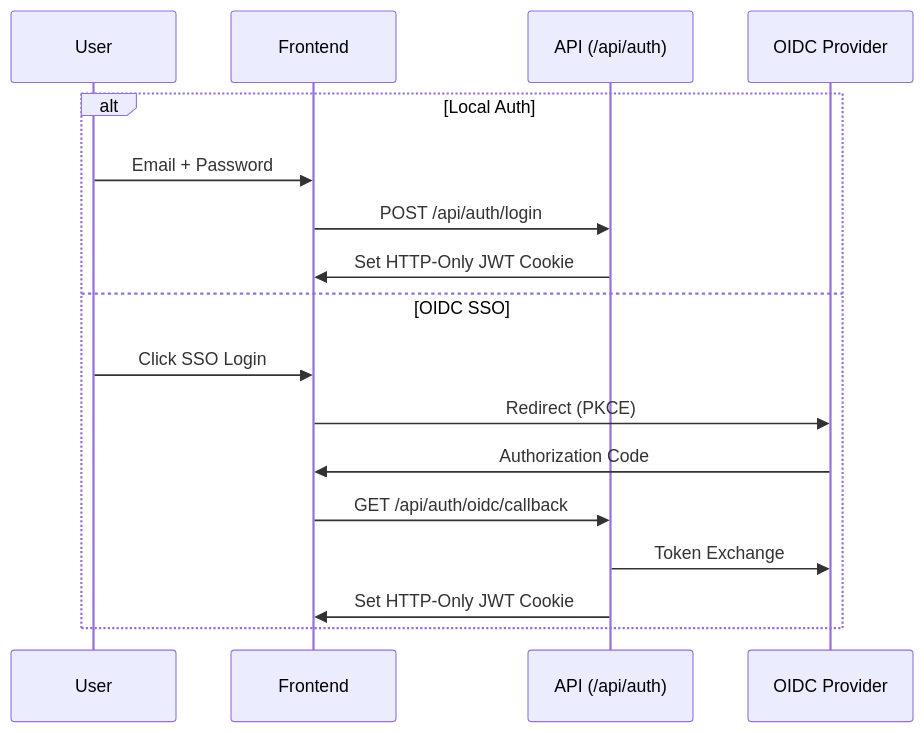
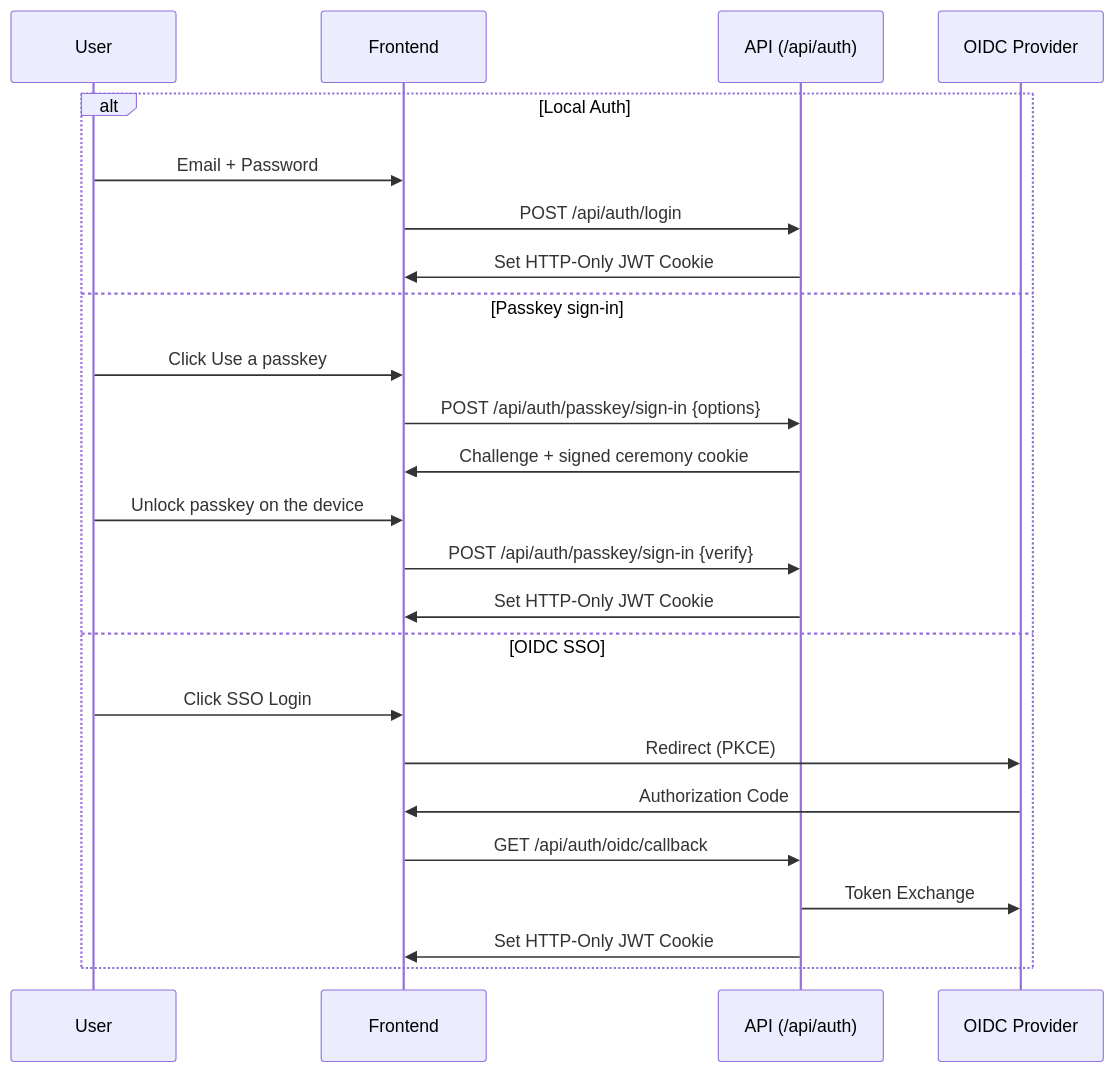
One commit to Aditya-XR/libredb-studio changed the third of 3 diagrams in docs/ARCHITECTURE.md. Above: the diagram before and after it, drawn with Mermaid. The commit also changed other lines of this file and 145 other files, not shown here.

First line of the commit message:
LibreDB Studio sign in with a passkey support (#1195)

````diff
--- a/docs/ARCHITECTURE.md
+++ b/docs/ARCHITECTURE.md
@@ -160,20 +160,27 @@
 ```mermaid
 sequenceDiagram
     participant U as User
     participant F as Frontend
     participant A as API (/api/auth)
     participant O as OIDC Provider
 
     alt Local Auth
         U->>F: Email + Password
         F->>A: POST /api/auth/login
         A->>F: Set HTTP-Only JWT Cookie
+    else Passkey sign-in
+        U->>F: Click Use a passkey
+        F->>A: POST /api/auth/passkey/sign-in {options}
+        A->>F: Challenge + signed ceremony cookie
+        U->>F: Unlock passkey on the device
+        F->>A: POST /api/auth/passkey/sign-in {verify}
+        A->>F: Set HTTP-Only JWT Cookie
     else OIDC SSO
         U->>F: Click SSO Login
         F->>O: Redirect (PKCE)
         O->>F: Authorization Code
         F->>A: GET /api/auth/oidc/callback
         A->>O: Token Exchange
         A->>F: Set HTTP-Only JWT Cookie
     end
 ```
````
